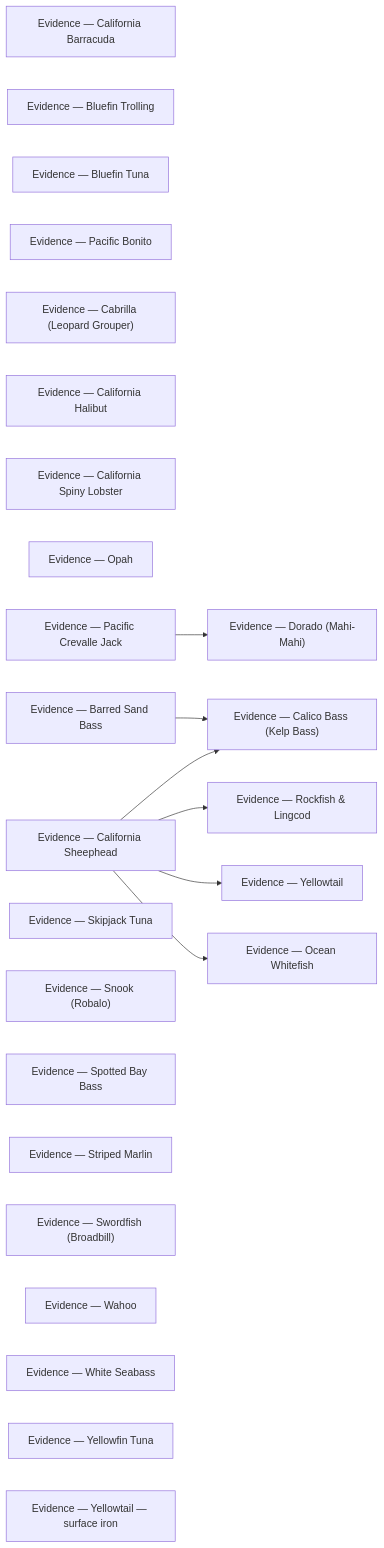
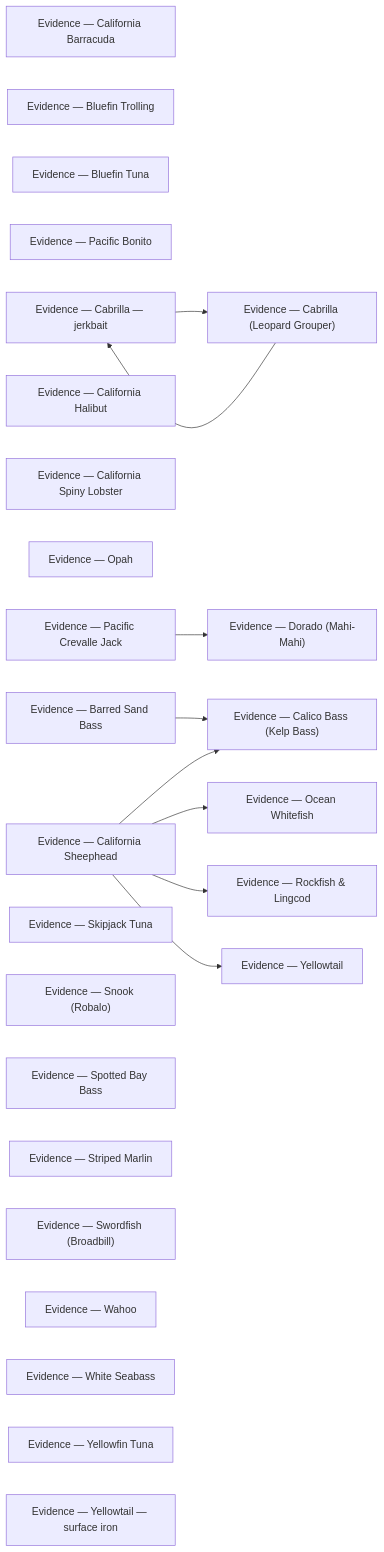
Before and after one commit to camchuckpete-max/Socal-Fishing-Knowledge: the diagram in species/evidence/README.md, drawn with Mermaid. The commit also changed other lines of this file and 11 other files, not shown here.

Commit message:
review: relocate species/cabrilla.md → species/cabrilla-jerkbait.md

````diff
--- a/species/evidence/README.md
+++ b/species/evidence/README.md
@@ -38,34 +39,37 @@
 ```mermaid
 graph LR
   n0["Evidence — California Barracuda"]
   n1["Evidence — Bluefin Trolling"]
   n2["Evidence — Bluefin Tuna"]
   n3["Evidence — Pacific Bonito"]
-  n4["Evidence — Cabrilla (Leopard Grouper)"]
-  n5["Evidence — Calico Bass (Kelp Bass)"]
-  n6["Evidence — California Halibut"]
-  n7["Evidence — California Spiny Lobster"]
-  n8["Evidence — Dorado (Mahi-Mahi)"]
-  n9["Evidence — Ocean Whitefish"]
-  n10["Evidence — Opah"]
-  n11["Evidence — Pacific Crevalle Jack"]
-  n12["Evidence — Rockfish & Lingcod"]
-  n13["Evidence — Barred Sand Bass"]
-  n14["Evidence — California Sheephead"]
-  n15["Evidence — Skipjack Tuna"]
-  n16["Evidence — Snook (Robalo)"]
-  n17["Evidence — Spotted Bay Bass"]
-  n18["Evidence — Striped Marlin"]
-  n19["Evidence — Swordfish (Broadbill)"]
-  n20["Evidence — Wahoo"]
-  n21["Evidence — White Seabass"]
-  n22["Evidence — Yellowfin Tuna"]
-  n23["Evidence — Yellowtail — surface iron"]
-  n24["Evidence — Yellowtail"]
-  n11 --> n8
-  n13 --> n5
-  n14 --> n12
-  n14 --> n24
-  n14 --> n5
-  n14 --> n9
+  n4["Evidence — Cabrilla — jerkbait"]
+  n5["Evidence — Cabrilla (Leopard Grouper)"]
+  n6["Evidence — Calico Bass (Kelp Bass)"]
+  n7["Evidence — California Halibut"]
+  n8["Evidence — California Spiny Lobster"]
+  n9["Evidence — Dorado (Mahi-Mahi)"]
+  n10["Evidence — Ocean Whitefish"]
+  n11["Evidence — Opah"]
+  n12["Evidence — Pacific Crevalle Jack"]
+  n13["Evidence — Rockfish & Lingcod"]
+  n14["Evidence — Barred Sand Bass"]
+  n15["Evidence — California Sheephead"]
+  n16["Evidence — Skipjack Tuna"]
+  n17["Evidence — Snook (Robalo)"]
+  n18["Evidence — Spotted Bay Bass"]
+  n19["Evidence — Striped Marlin"]
+  n20["Evidence — Swordfish (Broadbill)"]
+  n21["Evidence — Wahoo"]
+  n22["Evidence — White Seabass"]
+  n23["Evidence — Yellowfin Tuna"]
+  n24["Evidence — Yellowtail — surface iron"]
+  n25["Evidence — Yellowtail"]
+  n12 --> n9
+  n14 --> n6
+  n15 --> n10
+  n15 --> n13
+  n15 --> n25
+  n15 --> n6
+  n4 --> n5
+  n5 --> n4
 ```
````
